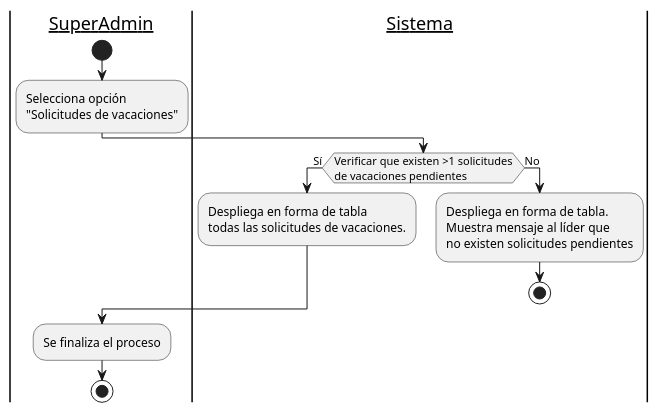
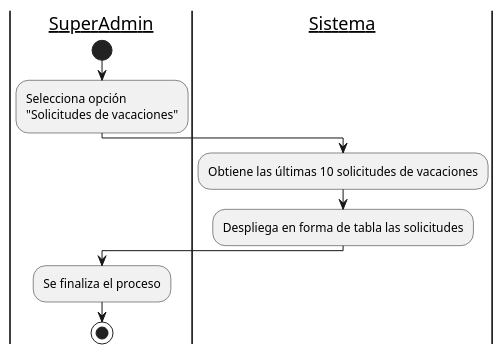
Before and after one commit to EdCanCe/WorkCells: the diagram in diagrams/Casos de Uso/Mauricio/diagrama de actividad/CU03.puml, drawn with PlantUML. The commit also changed 4 other files, not shown here.

```diff
--- a/diagrams/Casos de Uso/Mauricio/diagrama de actividad/CU03.puml
+++ b/diagrams/Casos de Uso/Mauricio/diagrama de actividad/CU03.puml
@@ -1,20 +1,16 @@
 @startuml CU02 - SuperAdmin consulta solicitudes de vacaciones de colaborador - Diagrama de actividad
 
 |__SuperAdmin__|
 start
 :Selecciona opción\n"Solicitudes de vacaciones";
 
 |__Sistema__|
-if(Verificar que existen >1 solicitudes\nde vacaciones pendientes) then (Sí)
-    :Despliega en forma de tabla\ntodas las solicitudes de vacaciones.;
-else (No)
-    :Despliega en forma de tabla.\nMuestra mensaje al líder que\nno existen solicitudes pendientes;
-    stop
-endif
+:Obtiene las últimas 10 solicitudes de vacaciones;
+:Despliega en forma de tabla las solicitudes;
 
 |__SuperAdmin__|
 :Se finaliza el proceso;
 
 stop
 
 @enduml
```
